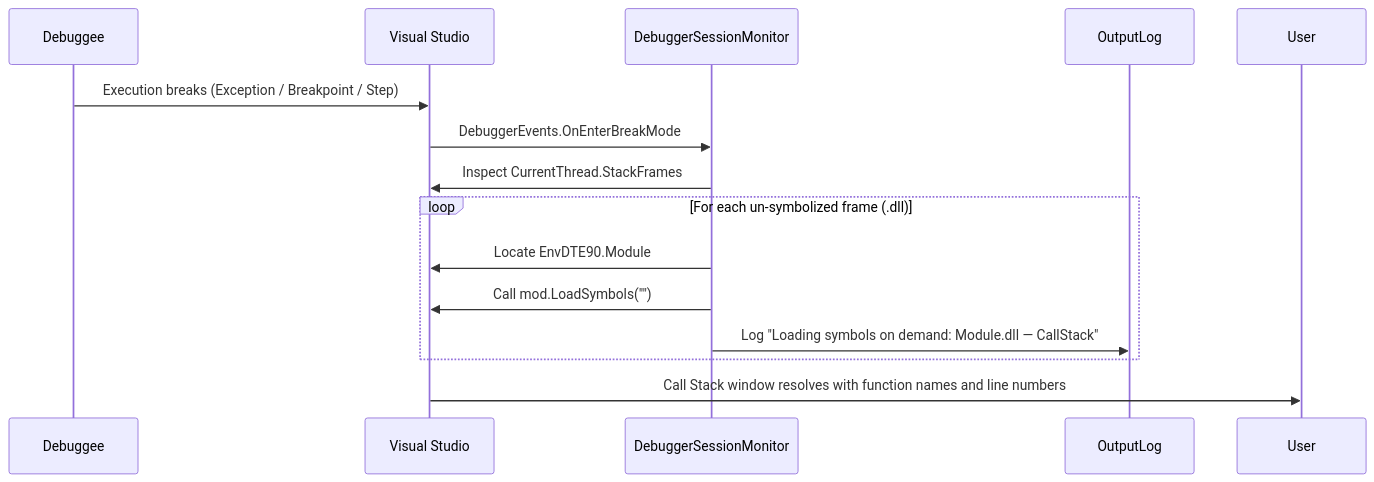
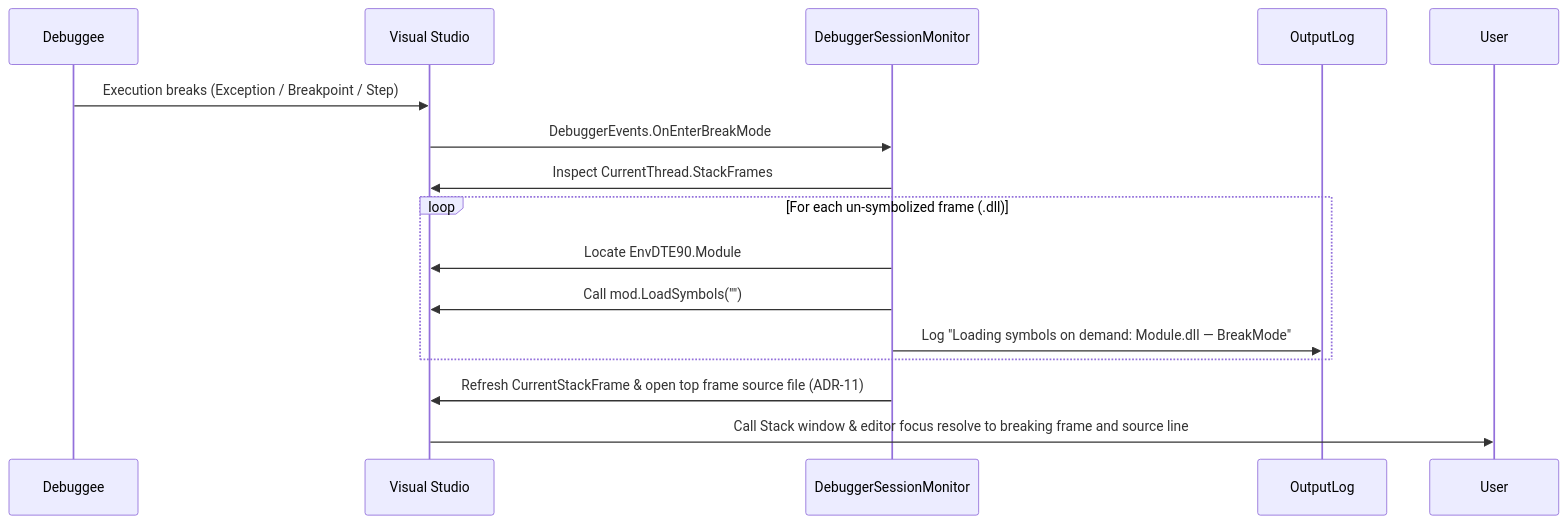
Before and after one commit to mattshepcar/VSOnDemandSymbols: the third of 5 diagrams in docs/ARCHITECTURE.md, drawn with Mermaid. The commit also changed other lines of this file and 25 other files, not shown here.

Commit message:
feat(debugger,tests): add Experimental instance integration tests and refresh breaking frame context

````diff
--- a/docs/ARCHITECTURE.md
+++ b/docs/ARCHITECTURE.md
@@ -152,17 +154,18 @@
 ```mermaid
 sequenceDiagram
     participant Dbg as Debuggee
     participant VS as Visual Studio
     participant DSM as DebuggerSessionMonitor
     participant Log as OutputLog
 
     Dbg->>VS: Execution breaks (Exception / Breakpoint / Step)
     VS->>DSM: DebuggerEvents.OnEnterBreakMode
     DSM->>VS: Inspect CurrentThread.StackFrames
     loop For each un-symbolized frame (.dll)
         DSM->>VS: Locate EnvDTE90.Module
         DSM->>VS: Call mod.LoadSymbols("")
-        DSM->>Log: Log "Loading symbols on demand: Module.dll — CallStack"
+        DSM->>Log: Log "Loading symbols on demand: Module.dll — BreakMode"
     end
-    VS->>User: Call Stack window resolves with function names and line numbers
+    DSM->>VS: Refresh CurrentStackFrame & open top frame source file (ADR-11)
+    VS->>User: Call Stack window & editor focus resolve to breaking frame and source line
 ```
````
